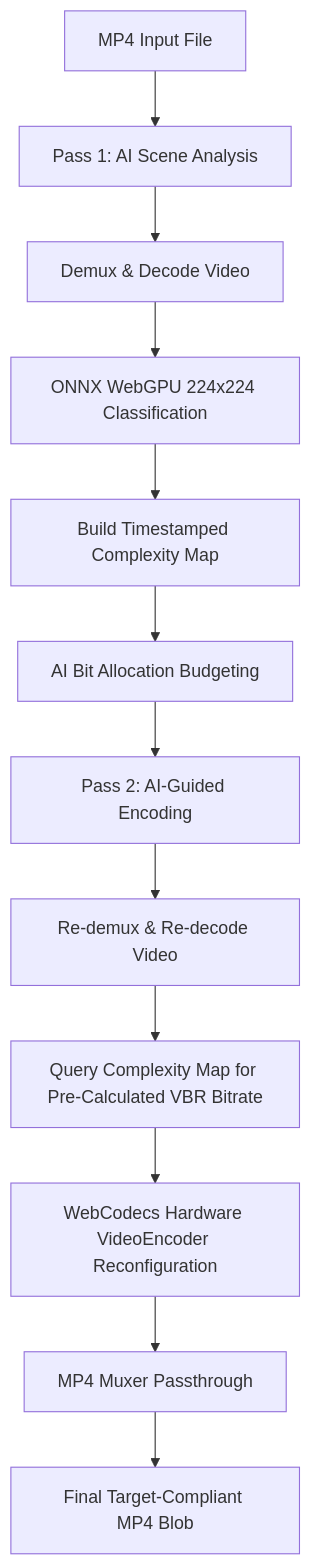
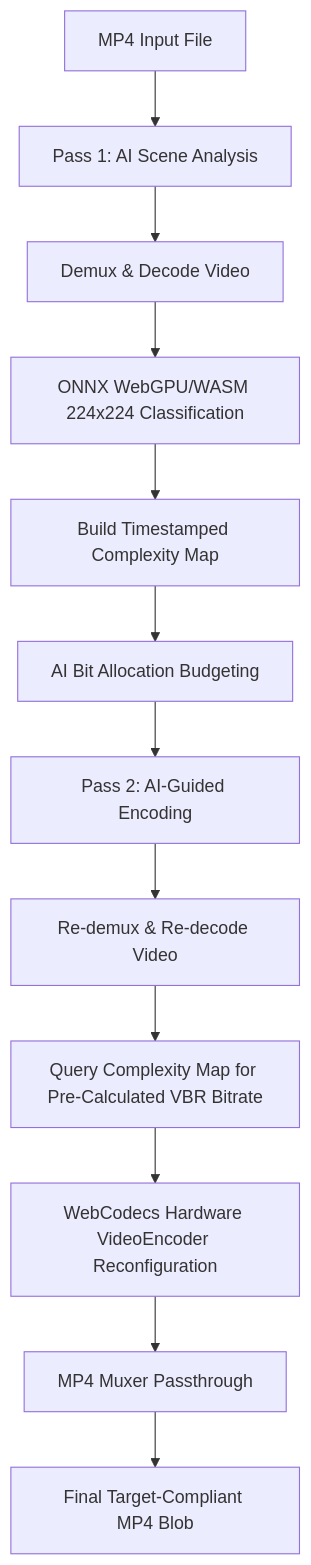
Before and after one commit to ColeSwinford/local-ai-video-compressor: the diagram in docs/architecture.md, drawn with Mermaid. The commit also changed other lines of this file and 18 other files, not shown here.

````diff
--- a/docs/architecture.md
+++ b/docs/architecture.md
@@ -10,14 +38,14 @@
 ```mermaid
 flowchart TD
     A[MP4 Input File] --> B[Pass 1: AI Scene Analysis]
     B --> C[Demux & Decode Video]
-    C --> D[ONNX WebGPU 224x224 Classification]
+    C --> D[ONNX WebGPU/WASM 224x224 Classification]
     D --> E[Build Timestamped Complexity Map]
     E --> F[AI Bit Allocation Budgeting]
     F --> G[Pass 2: AI-Guided Encoding]
     G --> H[Re-demux & Re-decode Video]
     H --> I[Query Complexity Map for Pre-Calculated VBR Bitrate]
     I --> J[WebCodecs Hardware VideoEncoder Reconfiguration]
     J --> K[MP4 Muxer Passthrough]
     K --> L[Final Target-Compliant MP4 Blob]
 ```
````
